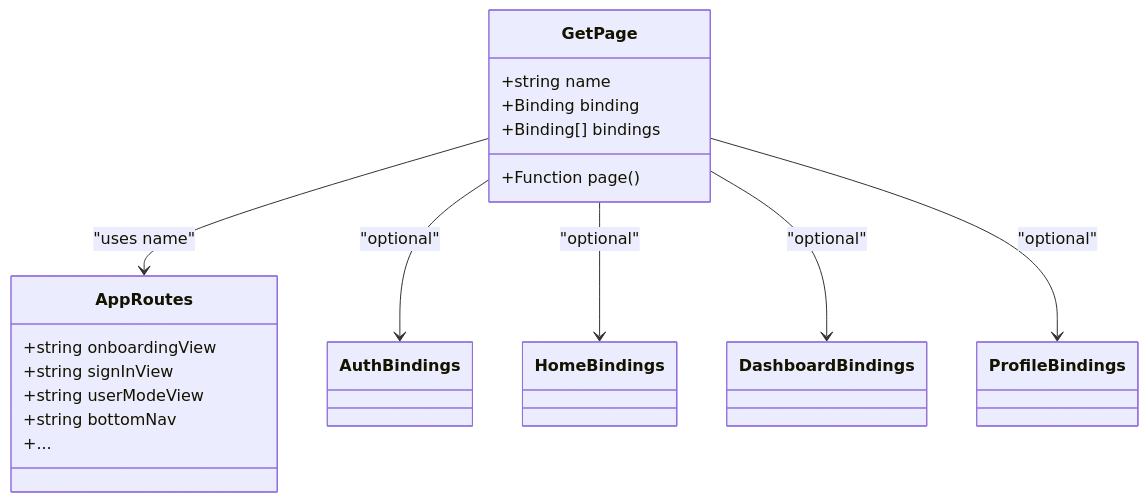
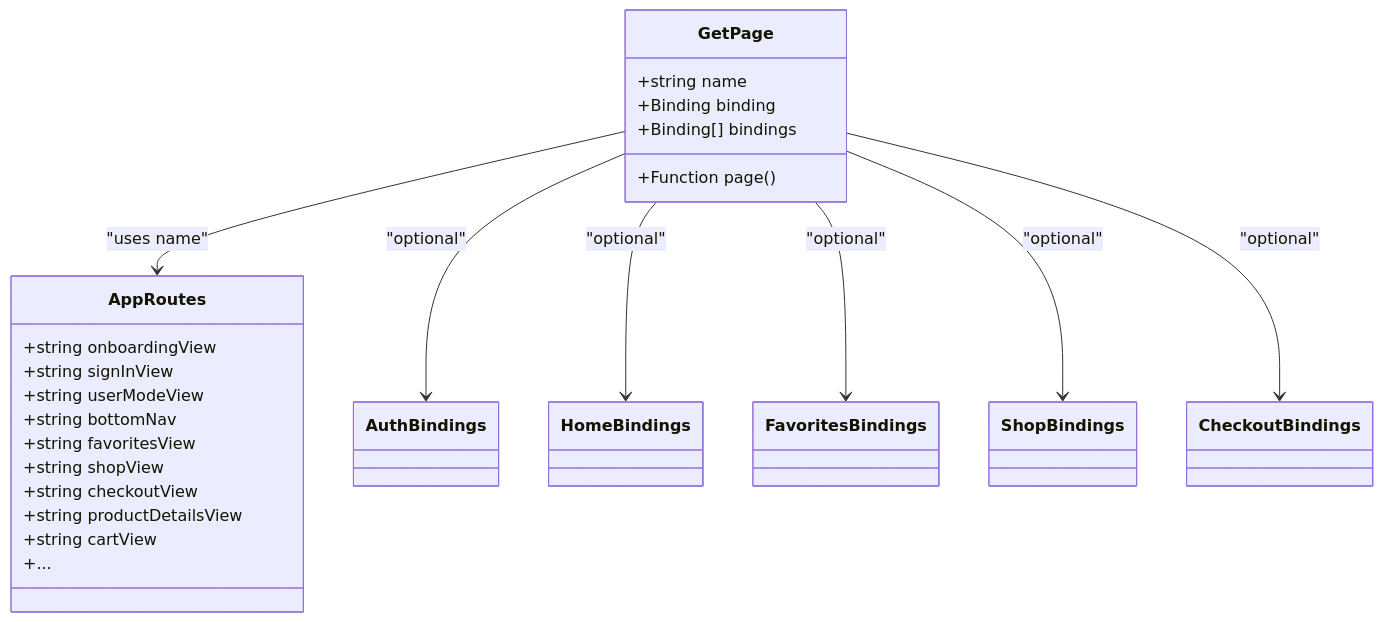
Before and after one commit to Ariful3111/FurniGo: the fourth of 8 diagrams in .qoder/repowiki/en/content/Architecture Overview/Routing and Navigation.md, drawn with Mermaid. The commit also changed other lines of this file and 15 other files, not shown here.

````diff
--- a/.qoder/repowiki/en/content/Architecture Overview/Routing and Navigation.md
+++ b/.qoder/repowiki/en/content/Architecture Overview/Routing and Navigation.md
@@ -165,25 +210,32 @@
 ```mermaid
 classDiagram
 class GetPage {
 +string name
 +Function page()
 +Binding binding
 +Binding[] bindings
 }
 class AppRoutes {
 +string onboardingView
 +string signInView
 +string userModeView
 +string bottomNav
++string favoritesView
++string shopView
++string checkoutView
++string productDetailsView
++string cartView
 +...
 }
 class AuthBindings
 class HomeBindings
-class DashboardBindings
-class ProfileBindings
+class FavoritesBindings
+class ShopBindings
+class CheckoutBindings
 GetPage --> AppRoutes : "uses name"
 GetPage --> AuthBindings : "optional"
 GetPage --> HomeBindings : "optional"
-GetPage --> DashboardBindings : "optional"
-GetPage --> ProfileBindings : "optional"
+GetPage --> FavoritesBindings : "optional"
+GetPage --> ShopBindings : "optional"
+GetPage --> CheckoutBindings : "optional"
 ```
````
